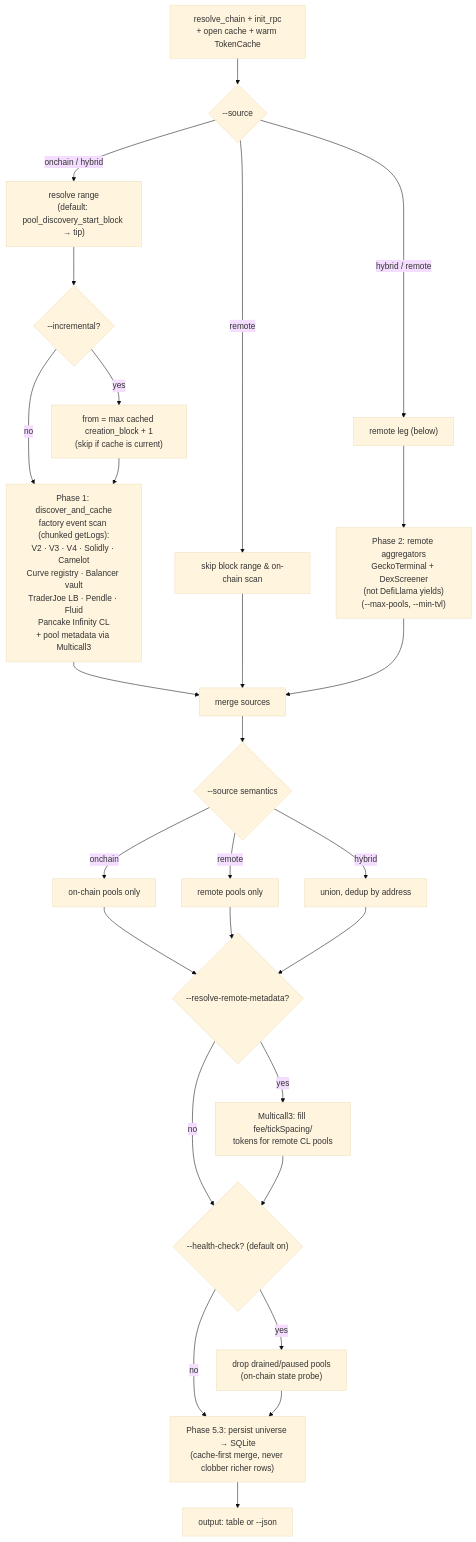
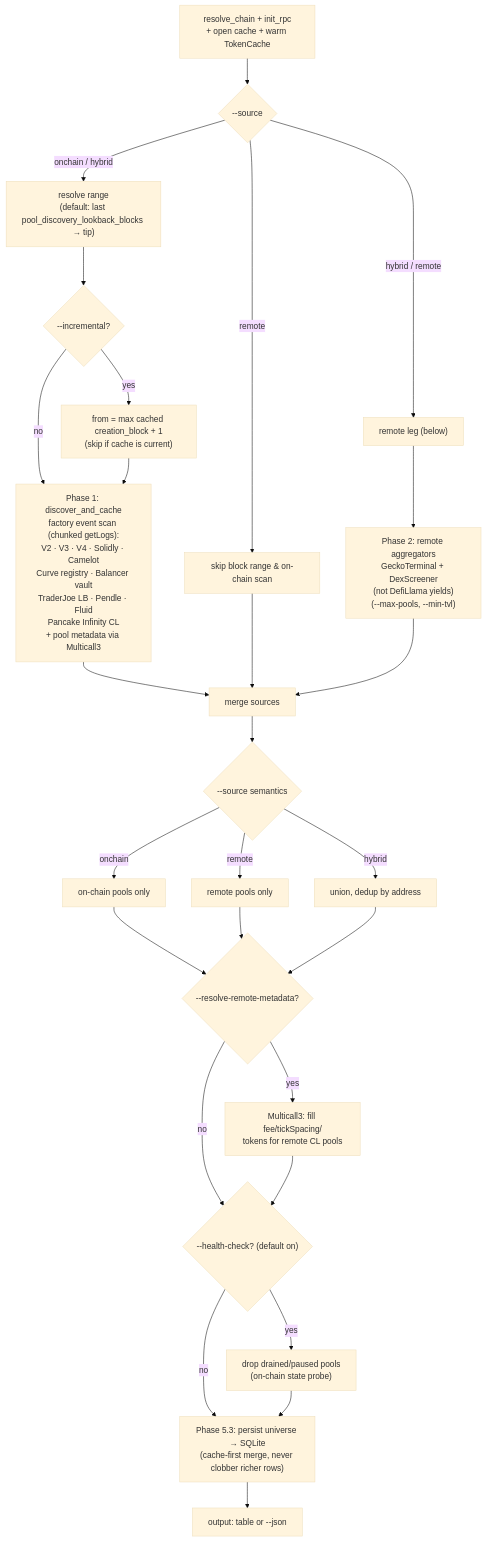
Before and after one commit to moha-moradi/mev-scout: the sixth of 13 diagrams in docs/ARCHITECTURE.md, drawn with Mermaid (base theme). The commit also changed 9 other files, not shown here.

````diff
--- a/docs/ARCHITECTURE.md
+++ b/docs/ARCHITECTURE.md
@@ -286,30 +286,30 @@
 ```mermaid
 flowchart TB
     A["resolve_chain + init_rpc<br/>+ open cache + warm TokenCache"] --> B{"--source"}
     B -- "remote" --> R["skip block range & on-chain scan"]
-    B -- "onchain / hybrid" --> C["resolve range<br/>(default: pool_discovery_start_block → tip)"]
+    B -- "onchain / hybrid" --> C["resolve range<br/>(default: last pool_discovery_lookback_blocks → tip)"]
     B -- "hybrid / remote" --> R2["remote leg (below)"]
     C --> D{"--incremental?"}
     D -- yes --> E["from = max cached creation_block + 1<br/>(skip if cache is current)"]
     D -- no --> F
     E --> F["Phase 1: discover_and_cache<br/>factory event scan (chunked getLogs):<br/>V2 · V3 · V4 · Solidly · Camelot<br/>Curve registry · Balancer vault<br/>TraderJoe LB · Pendle · Fluid<br/>Pancake Infinity CL<br/>+ pool metadata via Multicall3"]
     F --> G
     R --> G["merge sources"]
     R2 --> H["Phase 2: remote aggregators<br/>GeckoTerminal + DexScreener<br/>(not DefiLlama yields)<br/>(--max-pools, --min-tvl)"]
     H --> G
     G --> I{"--source semantics"}
     I -- onchain --> J["on-chain pools only"]
     I -- remote --> K["remote pools only"]
     I -- hybrid --> L["union, dedup by address"]
     J --> M
     K --> M
     L --> M
     M{"--resolve-remote-metadata?"}
     M -- yes --> N["Multicall3: fill fee/tickSpacing/<br/>tokens for remote CL pools"]
     M -- no --> O
     N --> O{"--health-check? (default on)"}
     O -- yes --> P["drop drained/paused pools<br/>(on-chain state probe)"]
     O -- no --> Q
     P --> Q["Phase 5.3: persist universe → SQLite<br/>(cache-first merge, never clobber richer rows)"]
     Q --> T["output: table or --json"]
 ```
````
